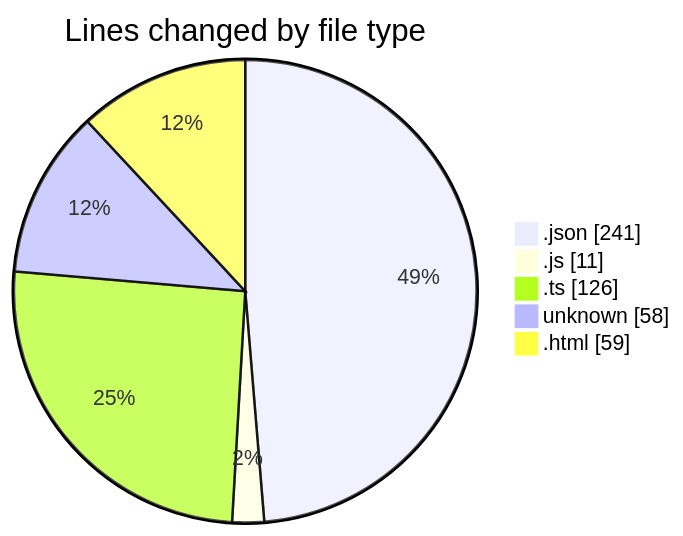
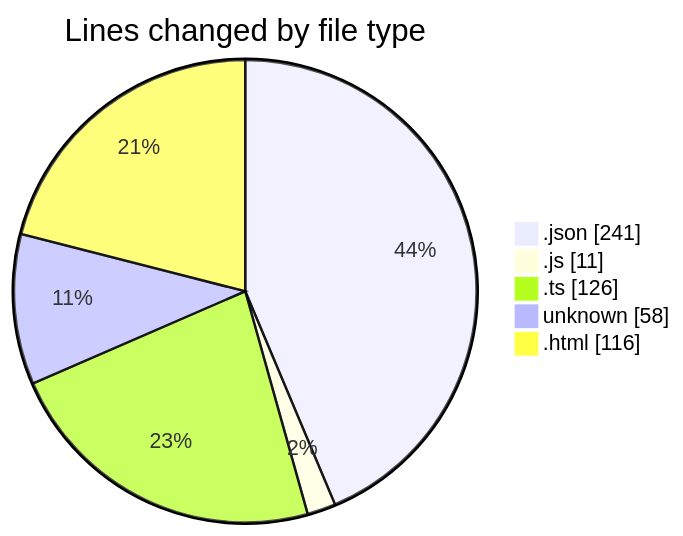
One commit to momahboobian/code-tracking changed the first of 2 diagrams in 2025-05-12/news-clock-system-caspercg/README.md. Above: the diagram before and after it, drawn with Mermaid. The commit also changed other lines of this file and 1 other file, not shown here.

````diff
--- a/2025-05-12/news-clock-system-caspercg/README.md
+++ b/2025-05-12/news-clock-system-caspercg/README.md
@@ -25,9 +26,9 @@
 ```mermaid
 pie showData
 title Lines changed by file type
 ".json" : 241
 ".js" : 11
 ".ts" : 126
 "unknown" : 58
-".html" : 59
+".html" : 116
 ```
````
